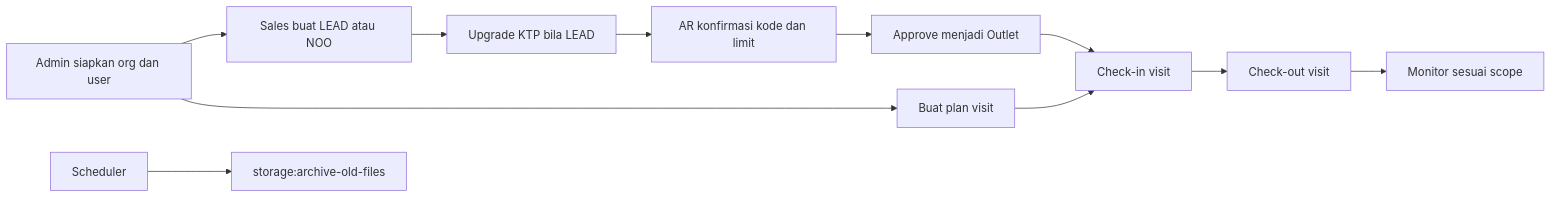
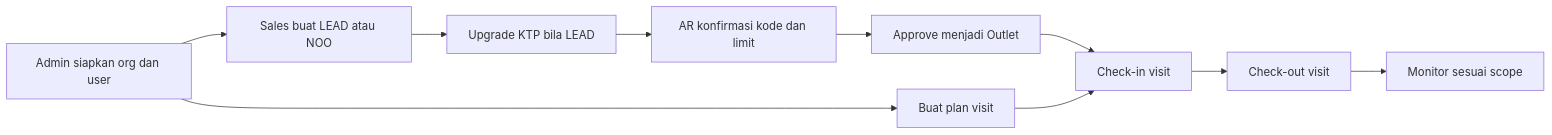
The first of 2 diagrams in README.md (oceanspacedev/sam-web), drawn with Mermaid before and after one commit. The commit also changed other lines of this file and 38 other files, not shown here.

Commit message:
refactor: simplify storage disk path resolution, remove legacy archive features, and add storage tests

````diff
--- a/README.md
+++ b/README.md
@@ -128,13 +128,12 @@
 ```mermaid
 flowchart LR
     A[Admin siapkan org dan user] --> B[Sales buat LEAD atau NOO]
     B --> C[Upgrade KTP bila LEAD]
     C --> D[AR konfirmasi kode dan limit]
     D --> E[Approve menjadi Outlet]
     A --> F[Buat plan visit]
     E --> G[Check-in visit]
     F --> G
     G --> H[Check-out visit]
     H --> I[Monitor sesuai scope]
-    J[Scheduler] --> K[storage:archive-old-files]
 ```
````
